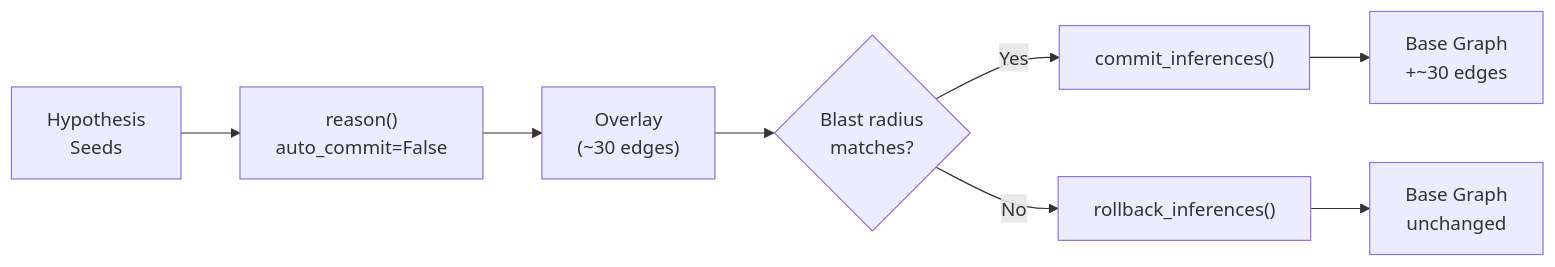
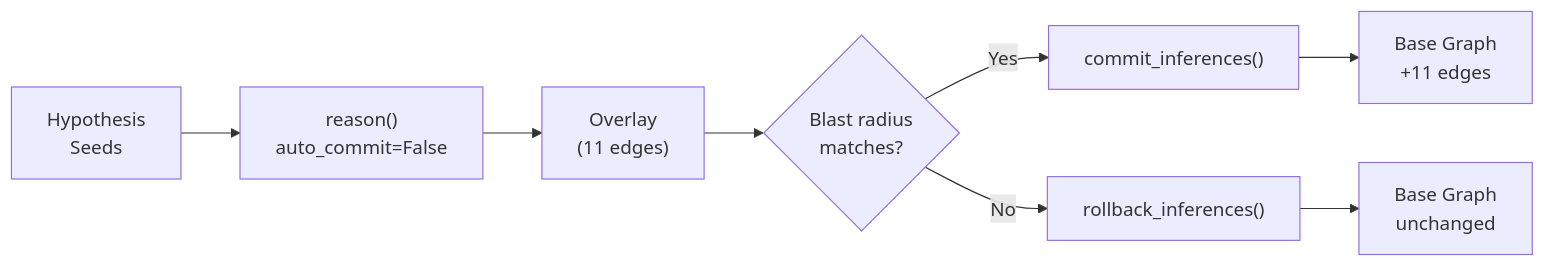
Before and after one commit to antquinonez/Hyper3: the fourth of 4 diagrams in examples/showcase/workflow/overlay_commit_rollback/README.md, drawn with Mermaid. The commit also changed other lines of this file and 18 other files, not shown here.

````diff
--- a/examples/showcase/workflow/overlay_commit_rollback/README.md
+++ b/examples/showcase/workflow/overlay_commit_rollback/README.md
@@ -543,10 +543,10 @@
 ```mermaid
 flowchart LR
     H["Hypothesis\nSeeds"] --> R["reason()\nauto_commit=False"]
-    R --> O["Overlay\n(~30 edges)"]
+    R -->     O["Overlay\n(11 edges)"]
     O --> E{"Blast radius\nmatches?"}
     E -->|Yes| C["commit_inferences()"]
     E -->|No| RB["rollback_inferences()"]
-    C --> BG["Base Graph\n+~30 edges"]
+    C --> BG["Base Graph\n+11 edges"]
     RB --> BG2["Base Graph\nunchanged"]
 ```
````
